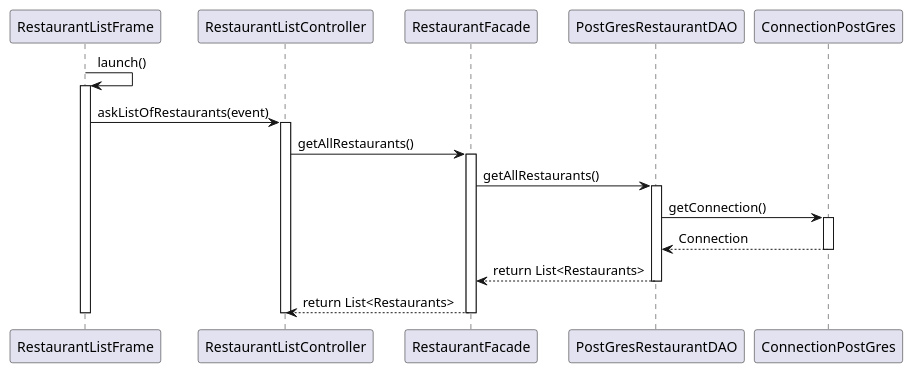
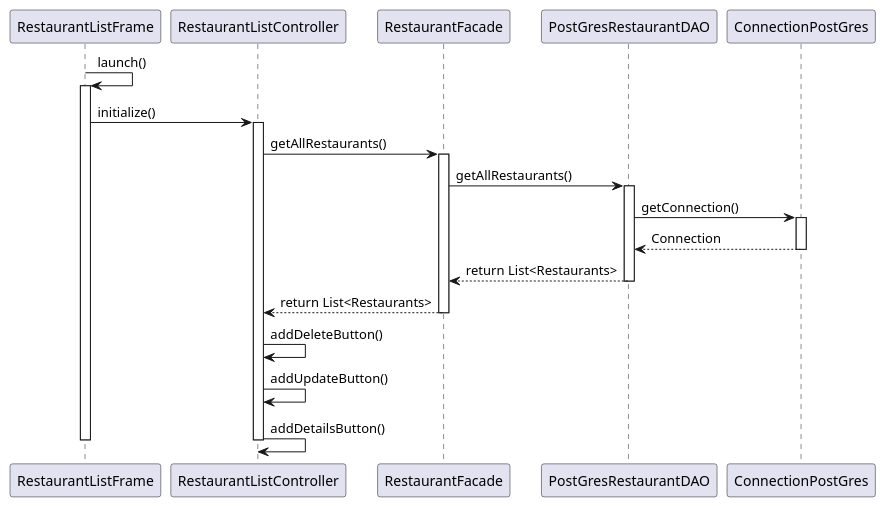
One commit to thmsfnr/Simplify changed the diagram in diagrammes/Restaurant/sequence-consultRestaurants.plantuml. Above: the diagram before and after it, drawn with PlantUML. The commit also changed 28 other files, not shown here.

```diff
--- a/diagrammes/Restaurant/sequence-consultRestaurants.plantuml
+++ b/diagrammes/Restaurant/sequence-consultRestaurants.plantuml
@@ -1,30 +1,34 @@
 @startuml consulter-restaurants
 
 RestaurantListFrame -> RestaurantListFrame : launch()
 activate RestaurantListFrame
 
-RestaurantListFrame -> RestaurantListController : askListOfRestaurants(event)
+RestaurantListFrame -> RestaurantListController : initialize()
 activate RestaurantListController
 
 RestaurantListController -> RestaurantFacade : getAllRestaurants()
 activate RestaurantFacade
 
 RestaurantFacade -> PostGresRestaurantDAO : getAllRestaurants()
 activate PostGresRestaurantDAO
 
 PostGresRestaurantDAO -> ConnectionPostGres : getConnection()
 activate ConnectionPostGres
 
 ConnectionPostGres --> PostGresRestaurantDAO : Connection
 deactivate ConnectionPostGres
 
 PostGresRestaurantDAO --> RestaurantFacade : return List<Restaurants>
 deactivate PostGresRestaurantDAO
 
 
 RestaurantFacade --> RestaurantListController : return List<Restaurants>
 deactivate RestaurantFacade
 
+RestaurantListController -> RestaurantListController : addDeleteButton()
+RestaurantListController -> RestaurantListController : addUpdateButton()
+RestaurantListController -> RestaurantListController : addDetailsButton()
+
 deactivate RestaurantListController
 deactivate RestaurantListFrame
 @enduml
```
